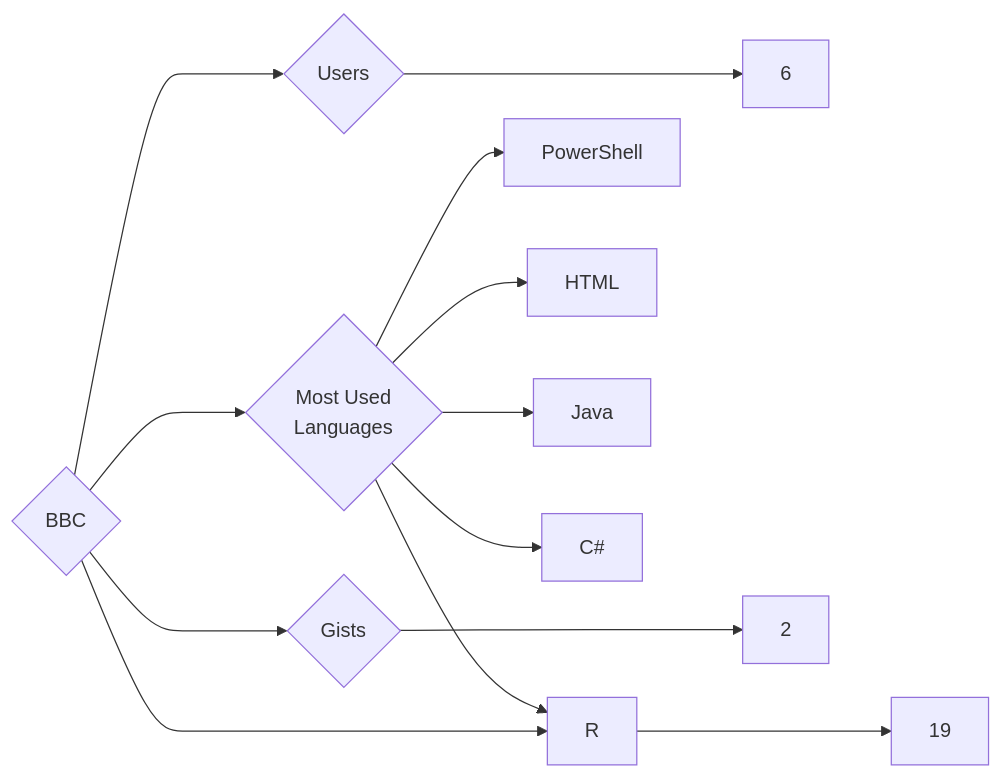
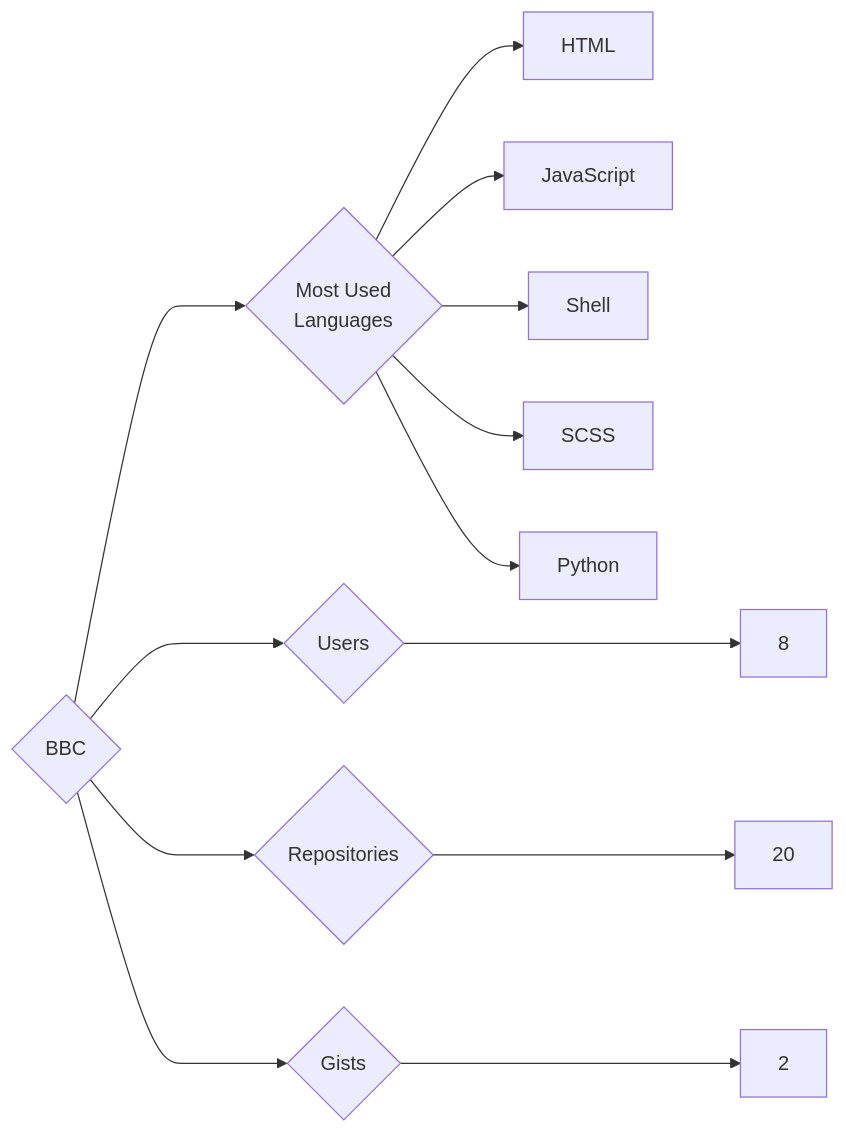
One commit to trickest/insiders changed the diagram in targets/BBC/README.md. Above: the diagram before and after it, drawn with Mermaid. The commit also changed 1120 other files, not shown here.

````diff
--- a/targets/BBC/README.md
+++ b/targets/BBC/README.md
@@ -3,13 +3,13 @@
 ```mermaid
 graph LR
 COMPANY_NAME{BBC}
-COMPANY_NAME ---> U{Users} ---> UN[6]
-COMPANY_NAME ---> R{Repositories} ---> RN[19]
+COMPANY_NAME ---> U{Users} ---> UN[8]
+COMPANY_NAME ---> R{Repositories} ---> RN[20]
 COMPANY_NAME ---> G{Gists} ---> GN[2]
 COMPANY_NAME ---> ML{Most Used<br>Languages}
-ML --> PowerShell[PowerShell]
 ML --> HTML[HTML]
-ML --> Java[Java]
-ML --> C#[C#]
-ML --> R[R]
+ML --> JavaScript[JavaScript]
+ML --> Shell[Shell]
+ML --> SCSS[SCSS]
+ML --> Python[Python]
 ```
````
